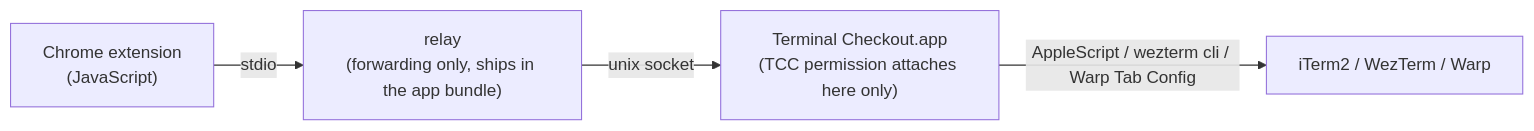
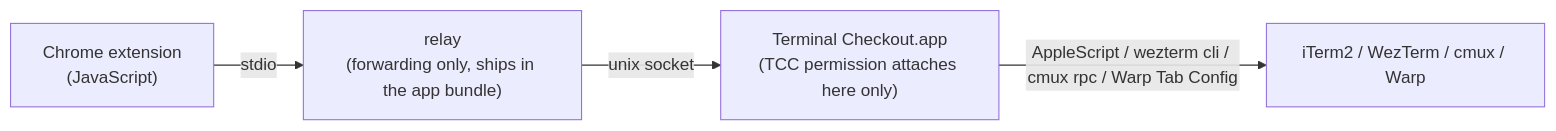
Before and after one commit to dazebug/terminal-checkout: the diagram in README.md, drawn with Mermaid. The commit also changed other lines of this file and 39 other files, not shown here.

````diff
--- a/README.md
+++ b/README.md
@@ -24,6 +24,6 @@
 ```mermaid
 flowchart LR
     EXT["Chrome extension<br>(JavaScript)"] -->|stdio| RELAY["relay<br>(forwarding only, ships in the app bundle)"]
     RELAY -->|unix socket| APP["Terminal Checkout.app<br>(TCC permission attaches here only)"]
-    APP -->|"AppleScript / wezterm cli / Warp Tab Config"| TERM["iTerm2 / WezTerm / Warp"]
+    APP -->|"AppleScript / wezterm cli / cmux rpc / Warp Tab Config"| TERM["iTerm2 / WezTerm / cmux / Warp"]
 ```
````
